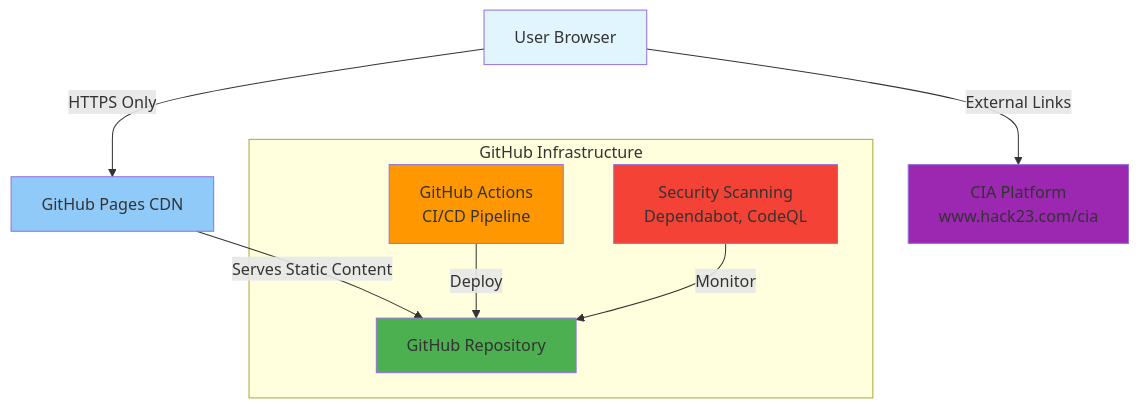
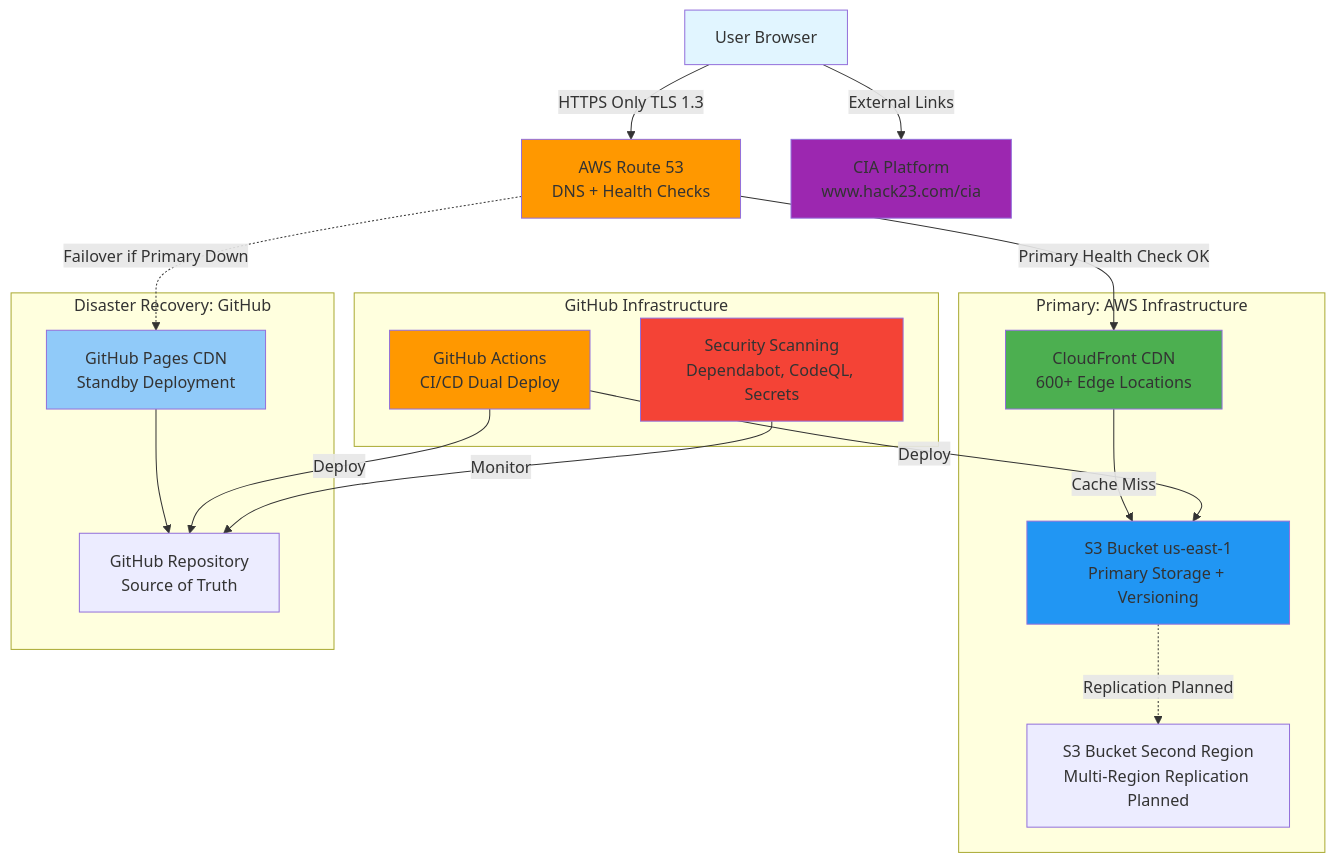
Before and after one commit to Hack23/riksdagsmonitor: the diagram in SECURITY_ARCHITECTURE.md, drawn with Mermaid. The commit also changed other lines of this file, not shown here.

Commit message:
Update SECURITY_ARCHITECTURE.md with AWS infrastructure and controls

````diff
--- a/SECURITY_ARCHITECTURE.md
+++ b/SECURITY_ARCHITECTURE.md
@@ -32,27 +36,47 @@
 ```mermaid
 graph TB
     User[User Browser]
-    CDN[GitHub Pages CDN]
-    GitHub[GitHub Repository]
+    Route53[AWS Route 53<br/>DNS + Health Checks]
+    
+    subgraph "Primary: AWS Infrastructure"
+        CF[CloudFront CDN<br/>600+ Edge Locations]
+        S3US[S3 Bucket us-east-1<br/>Primary Storage + Versioning]
+        S3EU[S3 Bucket Second Region<br/>Multi-Region Replication Planned]
+    end
+    
+    subgraph "Disaster Recovery: GitHub"
+        GHCDN[GitHub Pages CDN<br/>Standby Deployment]
+        GitHub[GitHub Repository<br/>Source of Truth]
+    end
+    
     CIA[CIA Platform<br/>www.hack23.com/cia]
     
-    User -->|HTTPS Only| CDN
-    CDN -->|Serves Static Content| GitHub
+    User -->|HTTPS Only TLS 1.3| Route53
+    Route53 -->|Primary Health Check OK| CF
+    Route53 -.->|Failover if Primary Down| GHCDN
+    
+    CF -->|Cache Miss| S3US
+    S3US -.->|Replication Planned| S3EU
+    GHCDN --> GitHub
+    
     User -->|External Links| CIA
     
     subgraph "GitHub Infrastructure"
         GitHub
-        Actions[GitHub Actions<br/>CI/CD Pipeline]
-        Security[Security Scanning<br/>Dependabot, CodeQL]
+        Actions[GitHub Actions<br/>CI/CD Dual Deploy]
+        Security[Security Scanning<br/>Dependabot, CodeQL, Secrets]
     end
     
+    Actions -->|Deploy| S3US
     Actions -->|Deploy| GitHub
     Security -->|Monitor| GitHub
     
     style User fill:#e1f5ff
-    style CDN fill:#90caf9
-    style GitHub fill:#4caf50
+    style Route53 fill:#ff9800
+    style CF fill:#4caf50
+    style S3US fill:#2196f3
+    style GHCDN fill:#90caf9
     style Actions fill:#ff9800
     style Security fill:#f44336
     style CIA fill:#9c27b0
 ```
````
